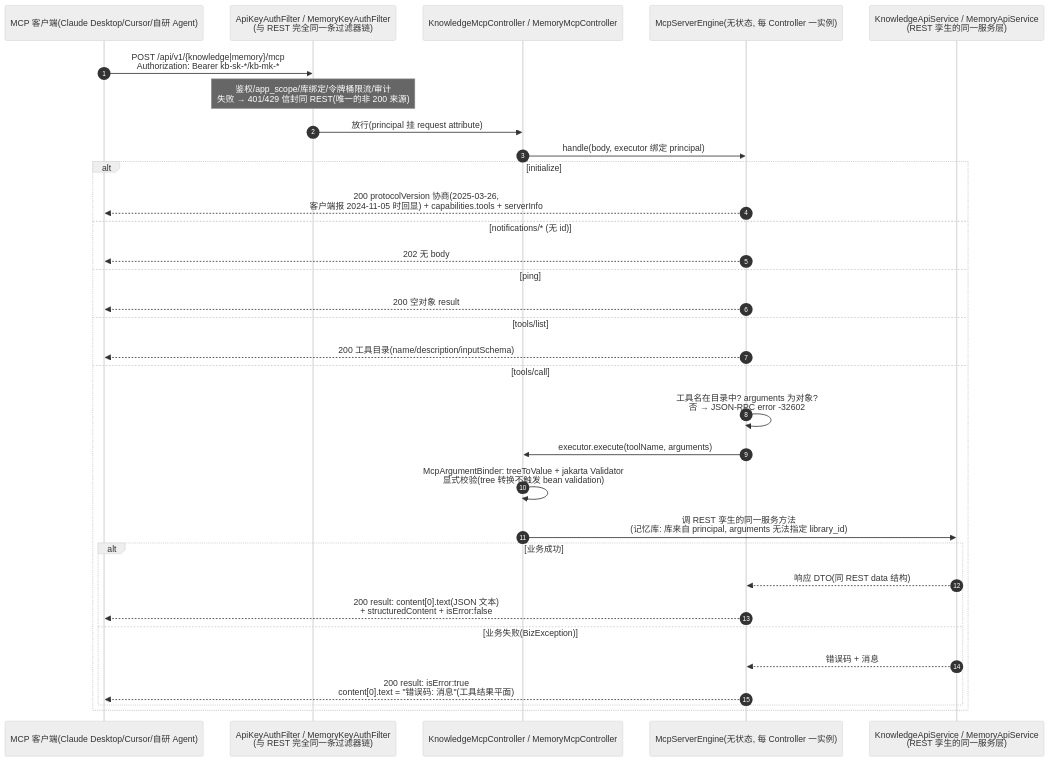
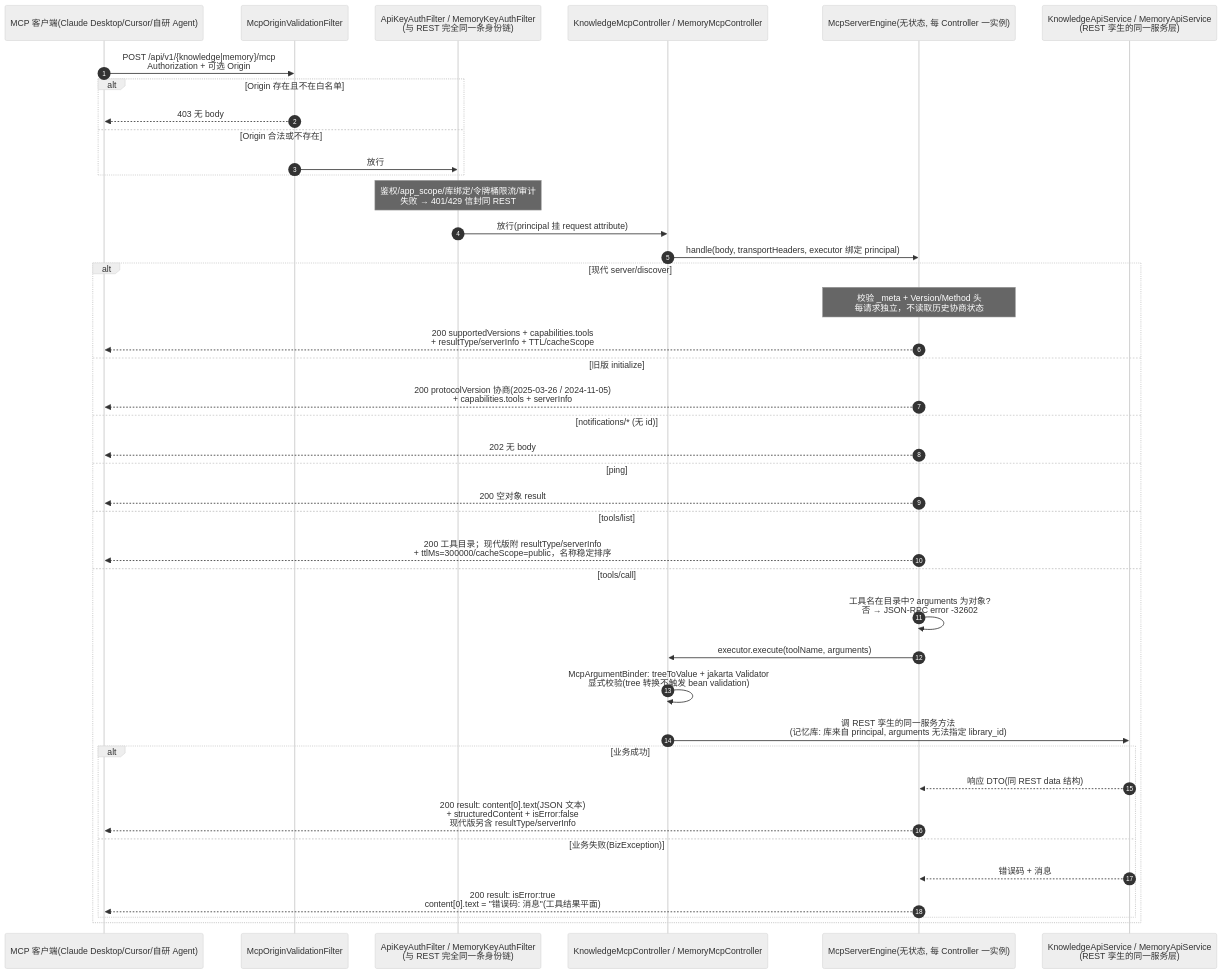
One commit to liulangjietou/kb-rag changed diagram 17 of 18 in kb-rag-deploy/docs/FLOWS.md. Above: the diagram before and after it, drawn with Mermaid (neutral theme). The commit also changed other lines of this file and 23 other files, not shown here.

Commit message:
feat(mcp): support 2026-07-28 protocol

````diff
--- a/kb-rag-deploy/docs/FLOWS.md
+++ b/kb-rag-deploy/docs/FLOWS.md
@@ -489,35 +489,44 @@
 ```mermaid
 sequenceDiagram
     autonumber
     participant A as MCP 客户端(Claude Desktop/Cursor/自研 Agent)
-    participant F as ApiKeyAuthFilter / MemoryKeyAuthFilter<br/>(与 REST 完全同一条过滤器链)
+    participant O as McpOriginValidationFilter
+    participant F as ApiKeyAuthFilter / MemoryKeyAuthFilter<br/>(与 REST 完全同一条身份链)
     participant C as KnowledgeMcpController / MemoryMcpController
     participant E as McpServerEngine(无状态, 每 Controller 一实例)
     participant S as KnowledgeApiService / MemoryApiService<br/>(REST 孪生的同一服务层)
 
-    A->>F: POST /api/v1/{knowledge|memory}/mcp<br/>Authorization: Bearer kb-sk-*/kb-mk-*
-    Note over F: 鉴权/app_scope/库绑定/令牌桶限流/审计<br/>失败 → 401/429 信封同 REST(唯一的非 200 来源)
+    A->>O: POST /api/v1/{knowledge|memory}/mcp<br/>Authorization + 可选 Origin
+    alt Origin 存在且不在白名单
+        O-->>A: 403 无 body
+    else Origin 合法或不存在
+        O->>F: 放行
+    end
+    Note over F: 鉴权/app_scope/库绑定/令牌桶限流/审计<br/>失败 → 401/429 信封同 REST
     F->>C: 放行(principal 挂 request attribute)
-    C->>E: handle(body, executor 绑定 principal)
-    alt initialize
-        E-->>A: 200 protocolVersion 协商(2025-03-26,<br/>客户端报 2024-11-05 时回显) + capabilities.tools + serverInfo
+    C->>E: handle(body, transportHeaders, executor 绑定 principal)
+    alt 现代 server/discover
+        Note over E: 校验 _meta + Version/Method 头<br/>每请求独立，不读取历史协商状态
+        E-->>A: 200 supportedVersions + capabilities.tools<br/>+ resultType/serverInfo + TTL/cacheScope
+    else 旧版 initialize
+        E-->>A: 200 protocolVersion 协商(2025-03-26 / 2024-11-05)<br/>+ capabilities.tools + serverInfo
     else notifications/* (无 id)
         E-->>A: 202 无 body
     else ping
         E-->>A: 200 空对象 result
     else tools/list
-        E-->>A: 200 工具目录(name/description/inputSchema)
+        E-->>A: 200 工具目录；现代版附 resultType/serverInfo<br/>+ ttlMs=300000/cacheScope=public，名称稳定排序
     else tools/call
         E->>E: 工具名在目录中? arguments 为对象?<br/>否 → JSON-RPC error -32602
         E->>C: executor.execute(toolName, arguments)
         C->>C: McpArgumentBinder: treeToValue + jakarta Validator<br/>显式校验(tree 转换不触发 bean validation)
         C->>S: 调 REST 孪生的同一服务方法<br/>(记忆库: 库来自 principal, arguments 无法指定 library_id)
         alt 业务成功
             S-->>E: 响应 DTO(同 REST data 结构)
-            E-->>A: 200 result: content[0].text(JSON 文本)<br/>+ structuredContent + isError:false
+            E-->>A: 200 result: content[0].text(JSON 文本)<br/>+ structuredContent + isError:false<br/>现代版另含 resultType/serverInfo
         else 业务失败(BizException)
             S-->>E: 错误码 + 消息
             E-->>A: 200 result: isError:true<br/>content[0].text = "错误码: 消息"(工具结果平面)
         end
     end
 ```
````
